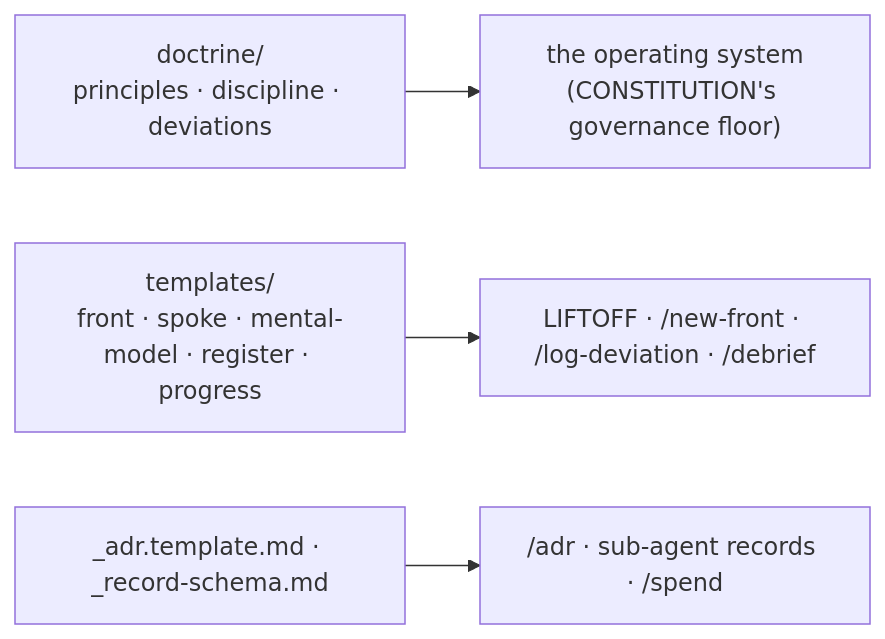
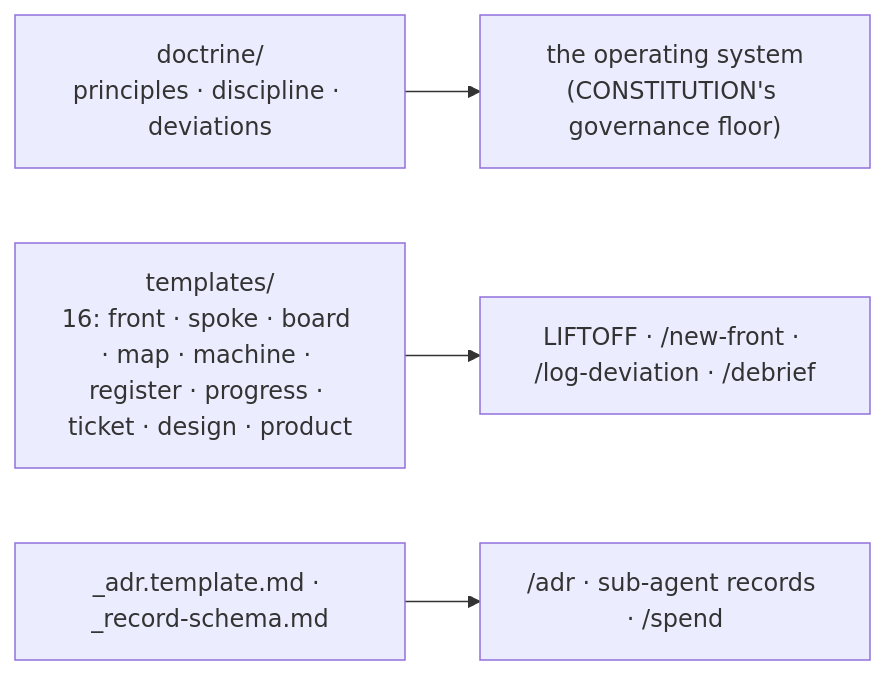
Before and after one commit to sultanassi95/mission-control: the diagram in framework/kit/README.md, drawn with Mermaid. The commit also changed other lines of this file and 75 other files, not shown here.

````diff
--- a/framework/kit/README.md
+++ b/framework/kit/README.md
@@ -3,6 +3,6 @@
 ```mermaid
 flowchart LR
   D["doctrine/<br/>principles · discipline · deviations"] --> OS["the operating system<br/>(CONSTITUTION's governance floor)"]
-  T["templates/<br/>front · spoke · mental-model · register · progress"] --> SK["LIFTOFF · /new-front · /log-deviation · /debrief"]
+  T["templates/<br/>16: front · spoke · board · map · machine · register · progress · ticket · design · product"] --> SK["LIFTOFF · /new-front · /log-deviation · /debrief"]
   A["_adr.template.md · _record-schema.md"] --> SK2["/adr · sub-agent records · /spend"]
 ```
````
